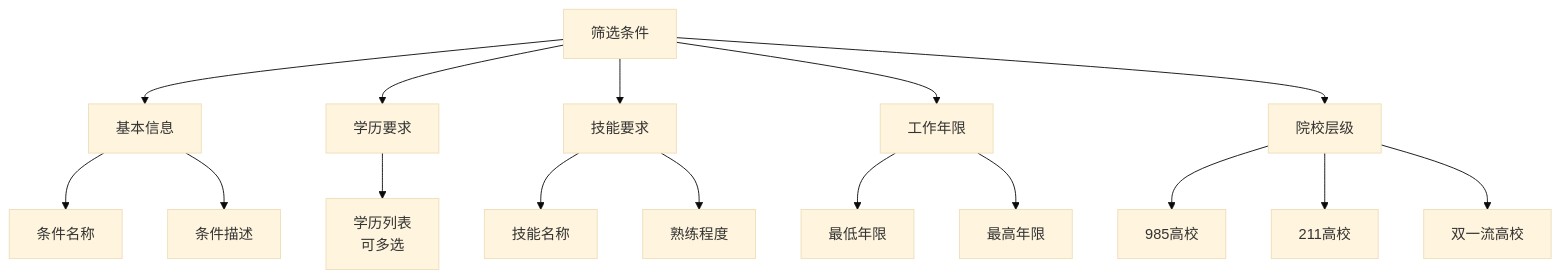
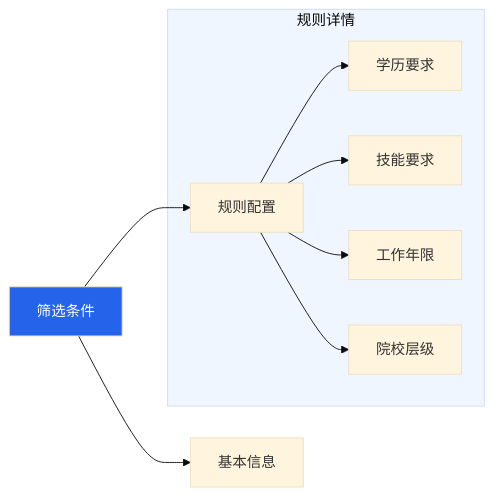
Before and after one commit to xt765/ResumeScreening: the fifth of 8 diagrams in docs/usage.md, drawn with Mermaid (base theme). The commit also changed other lines of this file and 5 other files, not shown here.

Commit message:
refactor: remove similarity score and update documentation diagrams

````diff
--- a/docs/usage.md
+++ b/docs/usage.md
@@ -185,23 +211,15 @@
 ```mermaid
-graph TB
-    A[筛选条件] --> B[基本信息]
-    A --> C[学历要求]
-    A --> D[技能要求]
-    A --> E[工作年限]
-    A --> F[院校层级]
+graph LR
+    Condition[筛选条件] --> Info[基本信息]
+    Condition --> Rules[规则配置]
     
-    B --> B1[条件名称]
-    B --> B2[条件描述]
+    subgraph RuleDetails [规则详情]
+        Rules --> R1[学历要求]
+        Rules --> R2[技能要求]
+        Rules --> R3[工作年限]
+        Rules --> R4[院校层级]
+    end
     
-    C --> C1[学历列表<br/>可多选]
-    
-    D --> D1[技能名称]
-    D --> D2[熟练程度]
-    
-    E --> E1[最低年限]
-    E --> E2[最高年限]
-    
-    F --> F1[985高校]
-    F --> F2[211高校]
-    F --> F3[双一流高校]
+    style Condition fill:#2563eb,color:#fff
+    style RuleDetails fill:#eff6ff
 ```
````
